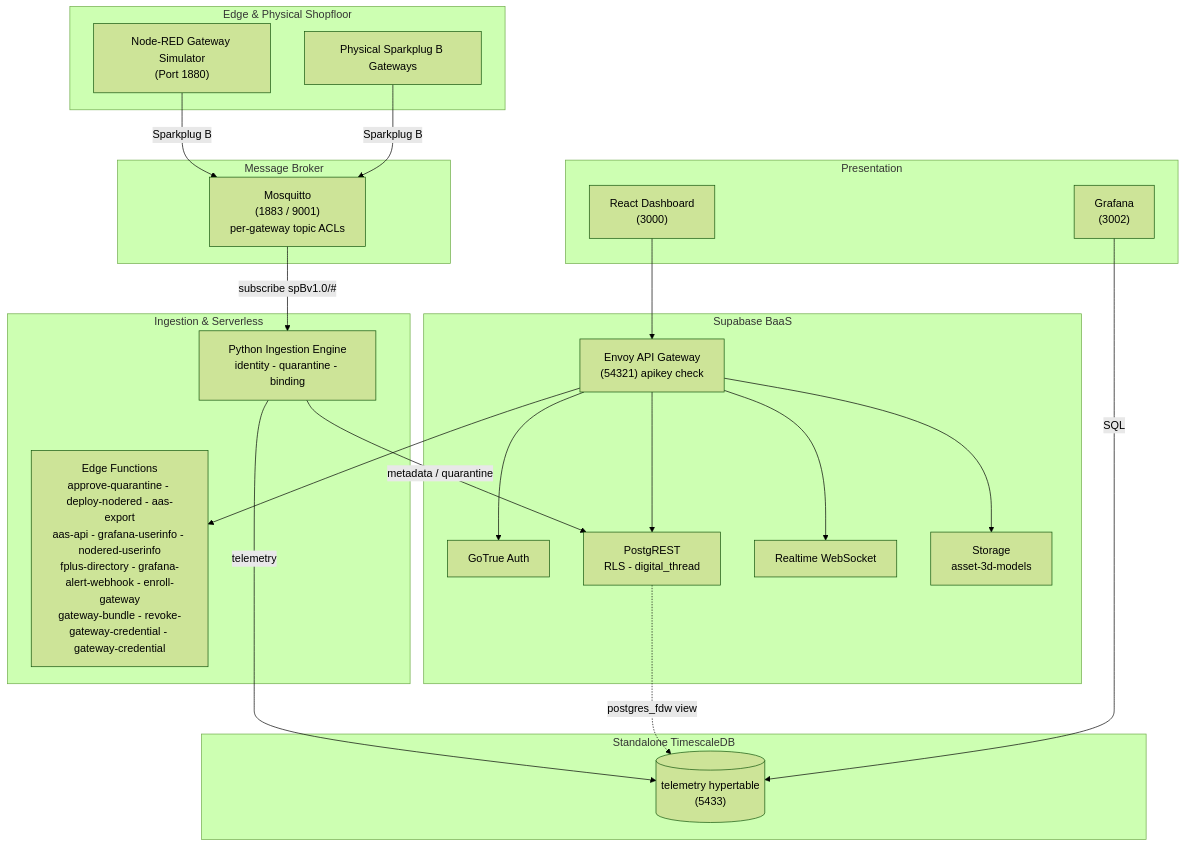
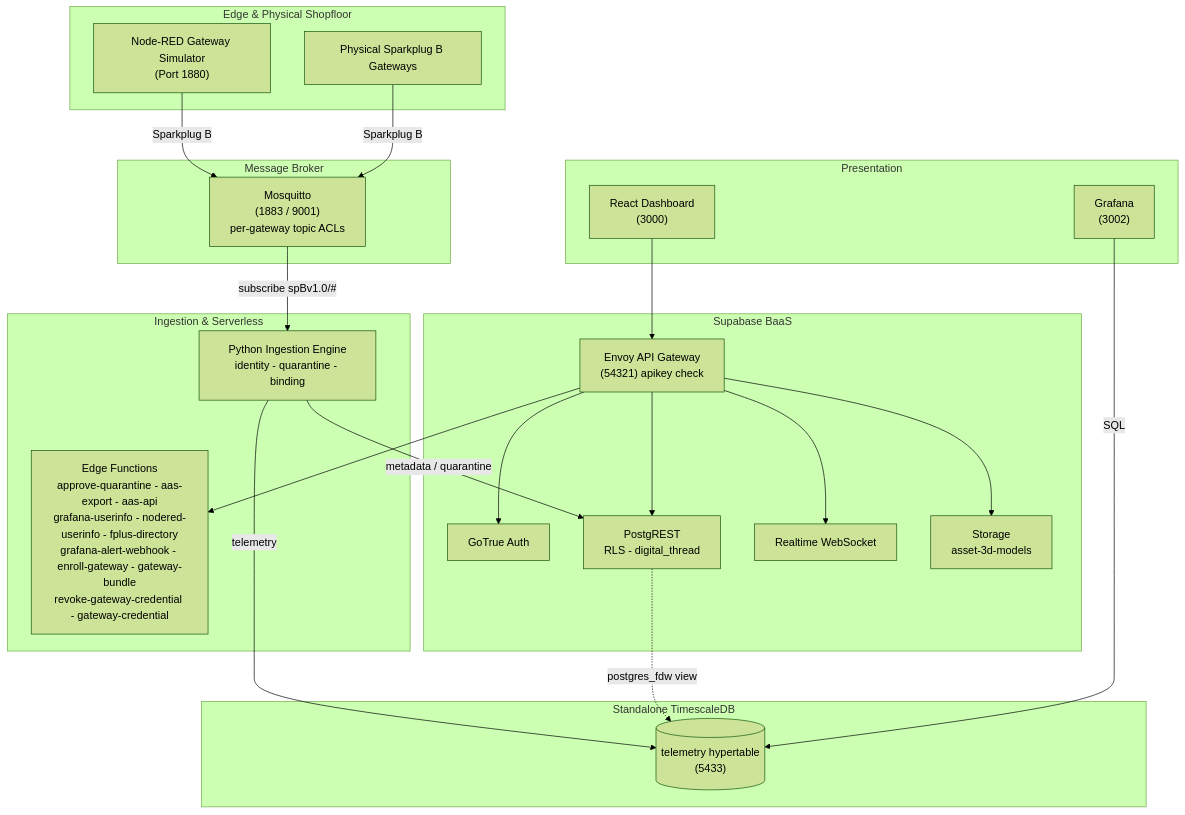
The diagram in README.md (Harri-Llewelyn/Aber), drawn with Mermaid (forest theme) before and after one commit. The commit also changed other lines of this file and 70 other files, not shown here.

````diff
--- a/README.md
+++ b/README.md
@@ -30,47 +30,47 @@
 ```mermaid
 flowchart TB
     subgraph Edge ["Edge & Physical Shopfloor"]
         NR["Node-RED Gateway Simulator<br/>(Port 1880)"]
         DEV["Physical Sparkplug B Gateways"]
     end
 
     subgraph Messaging ["Message Broker"]
         MQTT["Mosquitto<br/>(1883 / 9001)<br/>per-gateway topic ACLs"]
     end
 
     subgraph Processing ["Ingestion & Serverless"]
         ING["Python Ingestion Engine<br/>identity - quarantine - binding"]
-        EF["Edge Functions<br/>approve-quarantine - deploy-nodered - aas-export<br/>aas-api - grafana-userinfo - nodered-userinfo<br/>fplus-directory - grafana-alert-webhook - enroll-gateway<br/>gateway-bundle - revoke-gateway-credential - gateway-credential"]
+        EF["Edge Functions<br/>approve-quarantine - aas-export - aas-api<br/>grafana-userinfo - nodered-userinfo - fplus-directory<br/>grafana-alert-webhook - enroll-gateway - gateway-bundle<br/>revoke-gateway-credential - gateway-credential"]
     end
 
     subgraph Supabase ["Supabase BaaS"]
         GW["Envoy API Gateway<br/>(54321) apikey check"]
         AUTH["GoTrue Auth"]
         PGRST["PostgREST<br/>RLS - digital_thread"]
         RT["Realtime WebSocket"]
         STO["Storage<br/>asset-3d-models"]
     end
 
     subgraph TSDB ["Standalone TimescaleDB"]
         TS[("telemetry hypertable<br/>(5433)")]
     end
 
     subgraph UX ["Presentation"]
         UI["React Dashboard<br/>(3000)"]
         GRAF["Grafana<br/>(3002)"]
     end
 
     NR -->|Sparkplug B| MQTT
     DEV -->|Sparkplug B| MQTT
     MQTT -->|subscribe spBv1.0/#| ING
     ING -->|metadata / quarantine| PGRST
     ING -->|telemetry| TS
     UI --> GW
     GW --> AUTH
     GW --> PGRST
     GW --> RT
     GW --> STO
     GW --> EF
     PGRST -.->|postgres_fdw view| TS
     GRAF -->|SQL| TS
 ```
````
